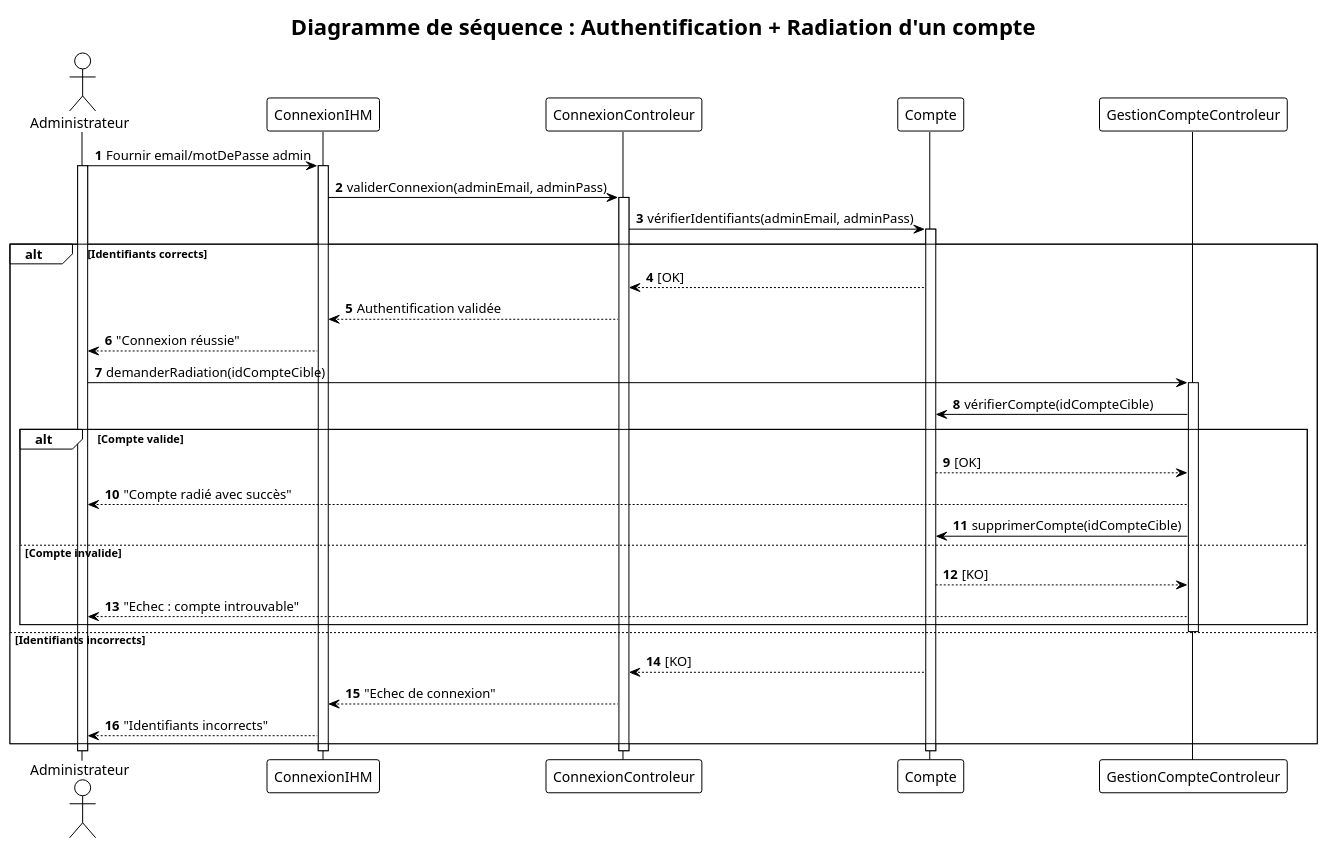
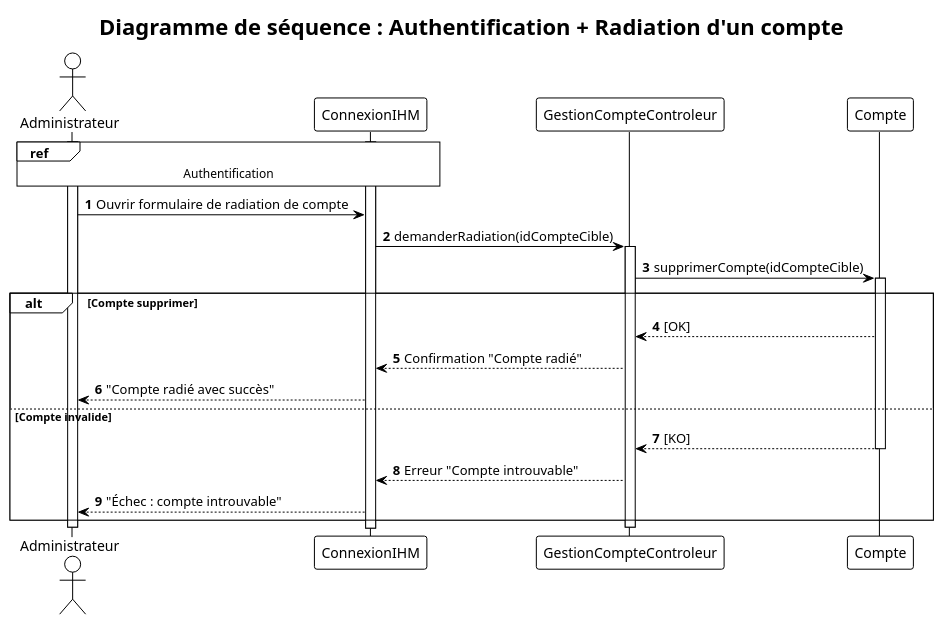
The diagram in SequenceV2/DeleteAccountSequence.puml (MehediT/BoutiqueLigneAudiovisuels), drawn with PlantUML before and after one commit. The commit also changed 7 other files, not shown here.

```diff
--- a/SequenceV2/DeleteAccountSequence.puml
+++ b/SequenceV2/DeleteAccountSequence.puml
@@ -1,52 +1,34 @@
 @startuml
 !theme plain
 autonumber
 
 actor "Administrateur" as A
 participant "ConnexionIHM" as ConnIHM
-participant "ConnexionControleur" as ConnCTRL
+participant "GestionCompteControleur" as GCC
 participant "Compte" as C
-participant "GestionCompteControleur" as GCC
 
 title Diagramme de séquence : Authentification + Radiation d'un compte
-
-A -> ConnIHM : Fournir email/motDePasse admin
 activate A
 activate ConnIHM
-
-ConnIHM -> ConnCTRL : validerConnexion(adminEmail, adminPass)
-activate ConnCTRL
-
-ConnCTRL -> C : vérifierIdentifiants(adminEmail, adminPass)
+ref over A, ConnIHM : Authentification
+A -> ConnIHM : Ouvrir formulaire de radiation de compte
+ConnIHM -> GCC : demanderRadiation(idCompteCible)
+activate GCC
+GCC -> C : supprimerCompte(idCompteCible)
 activate C
 
-alt Identifiants corrects
-    C --> ConnCTRL : [OK]
-    ConnCTRL --> ConnIHM : Authentification validée
-    ConnIHM --> A : "Connexion réussie"
-
-    A -> GCC : demanderRadiation(idCompteCible)
-    activate GCC
-    GCC -> C : vérifierCompte(idCompteCible)
-
-    alt Compte valide
-        C --> GCC : [OK]
-        GCC --> A : "Compte radié avec succès"
-        GCC -> C : supprimerCompte(idCompteCible)
-    else Compte invalide
-        C --> GCC : [KO]
-        GCC --> A : "Echec : compte introuvable"
-    end
-
-    deactivate GCC
-else Identifiants incorrects
-    C --> ConnCTRL : [KO]
-    ConnCTRL --> ConnIHM : "Echec de connexion"
-    ConnIHM --> A : "Identifiants incorrects"
+alt Compte supprimer
+    C --> GCC : [OK]
+    GCC --> ConnIHM : Confirmation "Compte radié"
+    ConnIHM --> A : "Compte radié avec succès"
+else Compte invalide
+    C --> GCC : [KO]
+deactivate C
+    GCC --> ConnIHM : Erreur "Compte introuvable"
+    ConnIHM --> A : "Échec : compte introuvable"
 end
 
+deactivate GCC
 deactivate C
-deactivate ConnCTRL
-deactivate ConnIHM
 deactivate A
 @enduml
```
